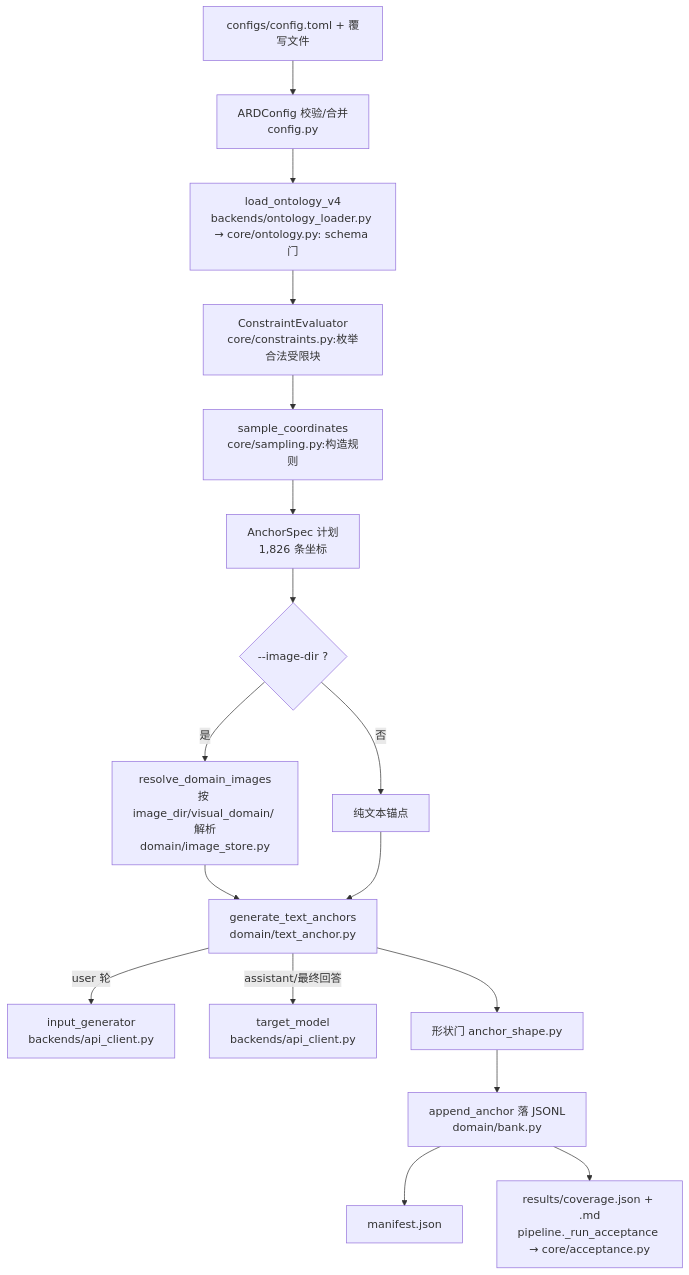
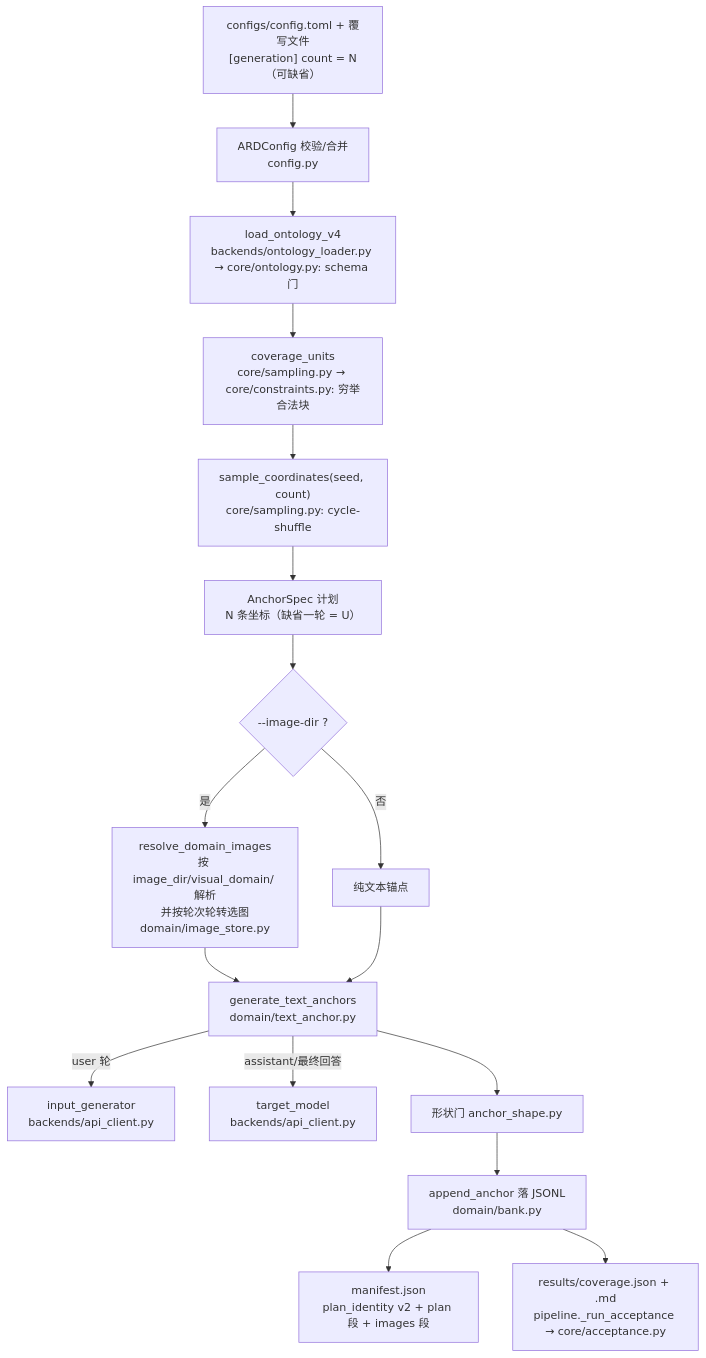
The second of 5 diagrams in docs/architecture.md (godthrone/anchor-replay-distillation), drawn with Mermaid before and after one commit. The commit also changed other lines of this file and 9 other files, not shown here.

````diff
--- a/docs/architecture.md
+++ b/docs/architecture.md
@@ -71,19 +79,19 @@
 ```mermaid
 flowchart TD
-    A["configs/config.toml + 覆写文件"] --> B["ARDConfig 校验/合并<br/>config.py"]
+    A["configs/config.toml + 覆写文件<br/>[generation] count = N（可缺省）"] --> B["ARDConfig 校验/合并<br/>config.py"]
     B --> C["load_ontology_v4<br/>backends/ontology_loader.py → core/ontology.py: schema 门"]
-    C --> D["ConstraintEvaluator<br/>core/constraints.py:枚举合法受限块"]
-    D --> E["sample_coordinates<br/>core/sampling.py:构造规则"]
-    E --> F["AnchorSpec 计划<br/>1,826 条坐标"]
+    C --> D["coverage_units<br/>core/sampling.py → core/constraints.py: 穷举合法块"]
+    D --> E["sample_coordinates(seed, count)<br/>core/sampling.py: cycle-shuffle"]
+    E --> F["AnchorSpec 计划<br/>N 条坐标（缺省一轮 = U）"]
     F --> G{"--image-dir ?"}
-    G -- 是 --> H["resolve_domain_images<br/>按 image_dir/visual_domain/ 解析<br/>domain/image_store.py"]
+    G -- 是 --> H["resolve_domain_images<br/>按 image_dir/visual_domain/ 解析<br/>并按轮次轮转选图<br/>domain/image_store.py"]
     G -- 否 --> I["纯文本锚点"]
     H --> J["generate_text_anchors<br/>domain/text_anchor.py"]
     I --> J
     J -->|"user 轮"| K["input_generator<br/>backends/api_client.py"]
     J -->|"assistant/最终回答"| L["target_model<br/>backends/api_client.py"]
     J --> M["形状门 anchor_shape.py"]
     M --> N["append_anchor 落 JSONL<br/>domain/bank.py"]
-    N --> O["manifest.json"]
+    N --> O["manifest.json<br/>plan_identity v2 + plan 段 + images 段"]
     N --> P["results/coverage.json + .md<br/>pipeline._run_acceptance → core/acceptance.py"]
 ```
````
